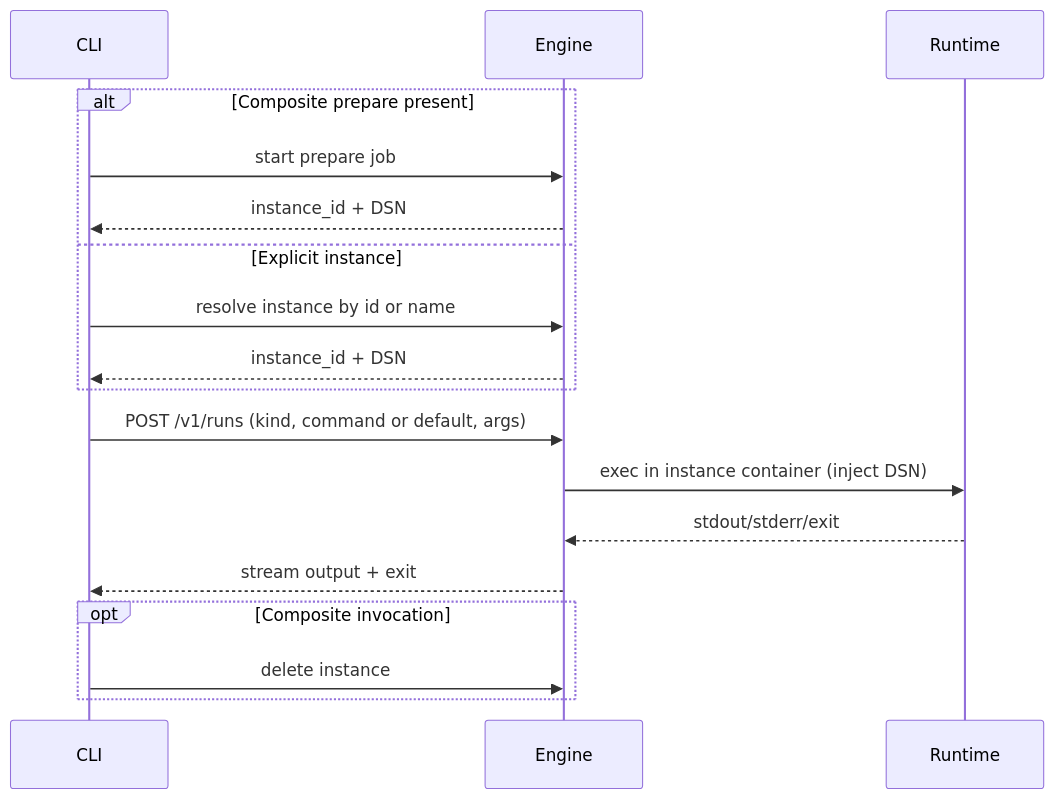
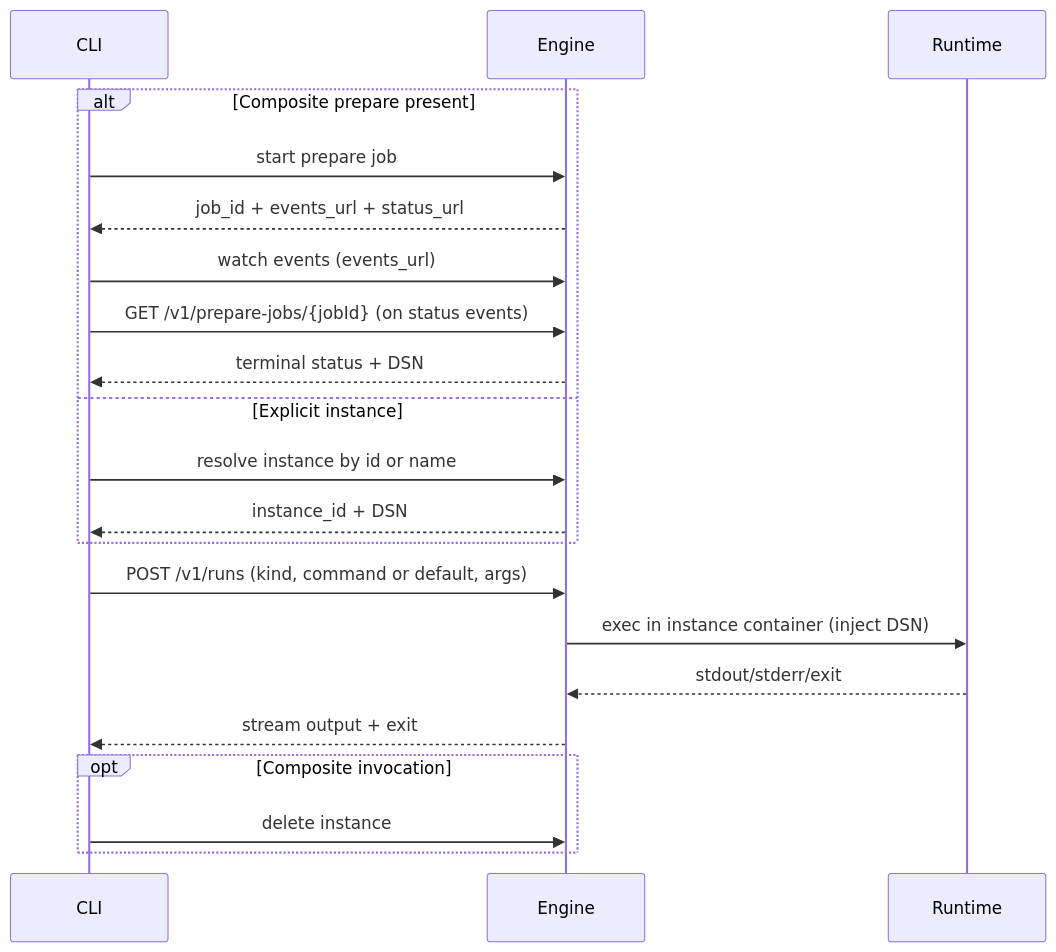
Before and after one commit to kimak-irmagi/taidon: the sixth of 6 diagrams in docs/architecture/cli-architecture.RU.md, drawn with Mermaid. The commit also changed other lines of this file and 28 other files, not shown here.

Commit message:
Improved the job execution watch logic on both ends

````diff
--- a/docs/architecture/cli-architecture.RU.md
+++ b/docs/architecture/cli-architecture.RU.md
@@ -161,23 +161,26 @@
 ```mermaid
 sequenceDiagram
   participant CLI as CLI
   participant ENG as Engine
   participant RT as Runtime
 
   alt Composite prepare present
     CLI->>ENG: start prepare job
-    ENG-->>CLI: instance_id + DSN
+    ENG-->>CLI: job_id + events_url + status_url
+    CLI->>ENG: watch events (events_url)
+    CLI->>ENG: GET /v1/prepare-jobs/{jobId} (on status events)
+    ENG-->>CLI: terminal status + DSN
   else Explicit instance
     CLI->>ENG: resolve instance by id or name
     ENG-->>CLI: instance_id + DSN
   end
 
   CLI->>ENG: POST /v1/runs (kind, command or default, args)
   ENG->>RT: exec in instance container (inject DSN)
   RT-->>ENG: stdout/stderr/exit
   ENG-->>CLI: stream output + exit
 
   opt Composite invocation
     CLI->>ENG: delete instance
   end
 ```
````
